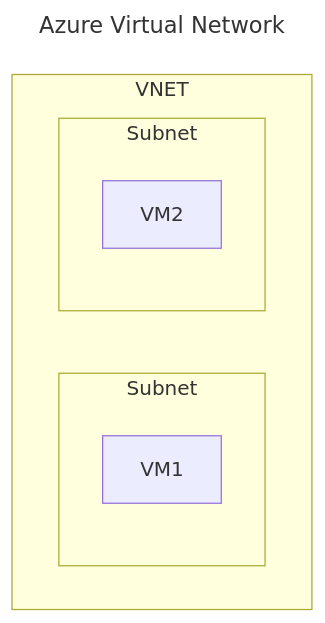
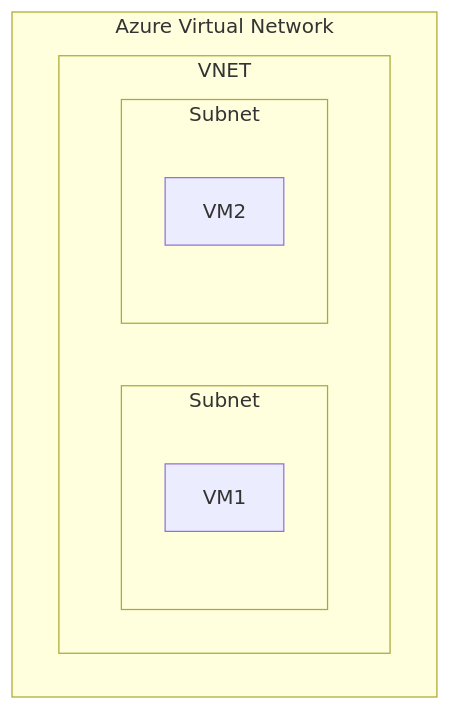
One commit to kodebot/notes2 changed the diagram in Azure/Basics/06-azure-networking-services.md. Above: the diagram before and after it, drawn with Mermaid. The commit also changed other lines of this file, not shown here.

````diff
--- a/Azure/Basics/06-azure-networking-services.md
+++ b/Azure/Basics/06-azure-networking-services.md
@@ -25,15 +25,14 @@
 ```mermaid
----
-title: Azure Virtual Network
----
-flowchart LR
-    subgraph VNET["VNET"]
-        direction LR
-        subgraph Subnet1["Subnet"]
-            VM1["VM1"]
+flowchart TB
+    subgraph title["Azure Virtual Network"]
+        subgraph VNET["VNET"]
+            direction LR
+            subgraph Subnet1["Subnet"]
+                VM1["VM1"]
+            end
+            subgraph Subnet2["Subnet"]
+                VM2["VM2"]
+            end
         end
-        subgraph Subnet2["Subnet"]
-            VM2["VM2"]
-        end
-   end
+    end
 ```
````
